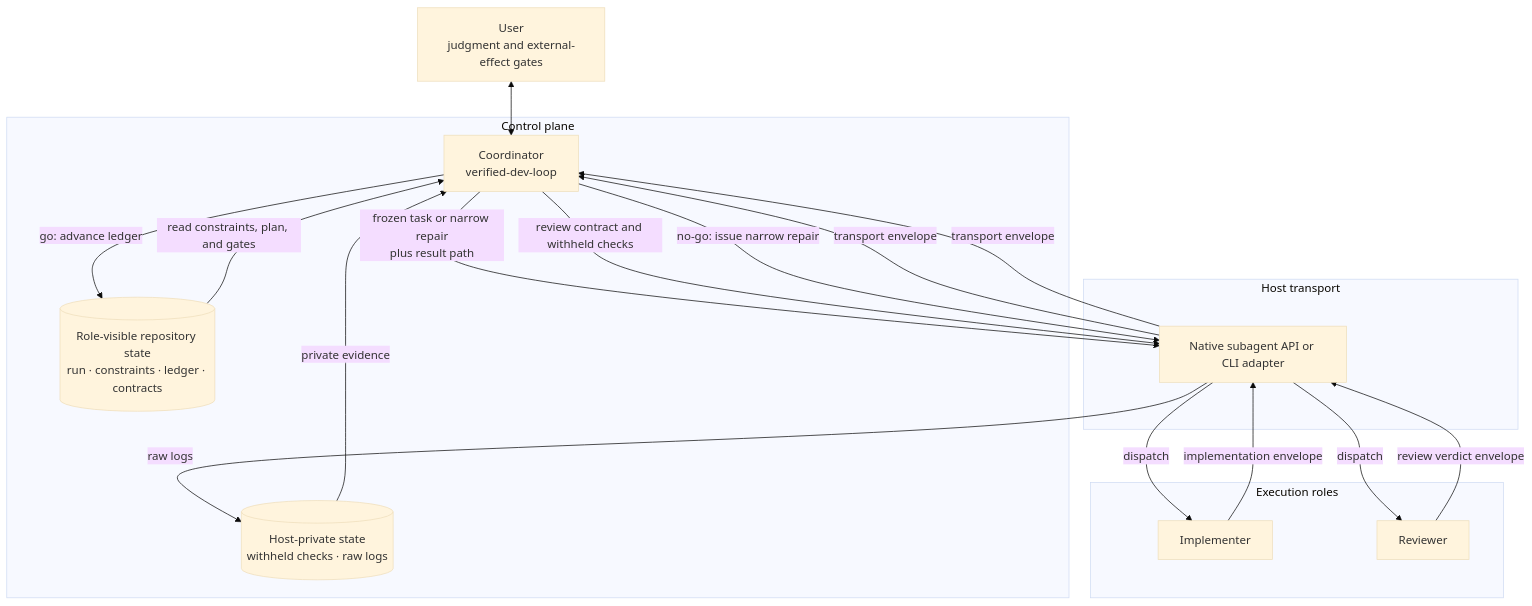
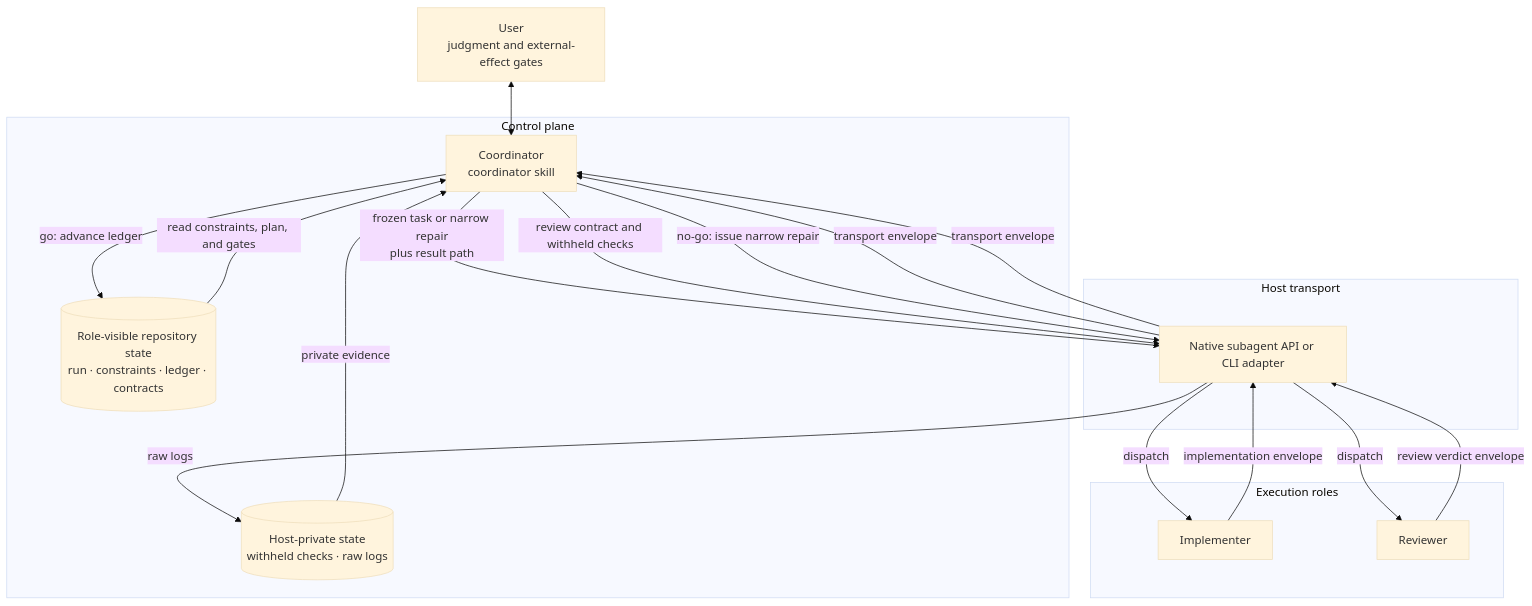
One commit to life-is-blue/agent-skills changed the diagram in README.md. Above: the diagram before and after it, drawn with Mermaid (base theme). The commit also changed other lines of this file and 20 other files, not shown here.

````diff
--- a/README.md
+++ b/README.md
@@ -37,34 +38,34 @@
 ```mermaid
 flowchart TB
     U[User<br/>judgment and external-effect gates]
 
     subgraph control[Control plane]
-        C[Coordinator<br/>verified-dev-loop]
+        C[Coordinator<br/>coordinator skill]
         S[(Role-visible repository state<br/>run · constraints · ledger · contracts)]
         P[(Host-private state<br/>withheld checks · raw logs)]
         S -->|read constraints, plan, and gates| C
         P -->|private evidence| C
     end
 
     subgraph transport[Host transport]
         A[Native subagent API or CLI adapter]
     end
 
     subgraph roles[Execution roles]
         I[Implementer]
         R[Reviewer]
     end
 
     U <--> C
     C -->|frozen task or narrow repair<br/>plus result path| A
     A -->|dispatch| I
     I -->|implementation envelope| A
     A -->|transport envelope| C
     C -->|review contract and withheld checks| A
     A -->|dispatch| R
     R -->|review verdict envelope| A
     A -->|transport envelope| C
     A -->|raw logs| P
     C -->|go: advance ledger| S
     C -->|no-go: issue narrow repair| A
 ```
````
